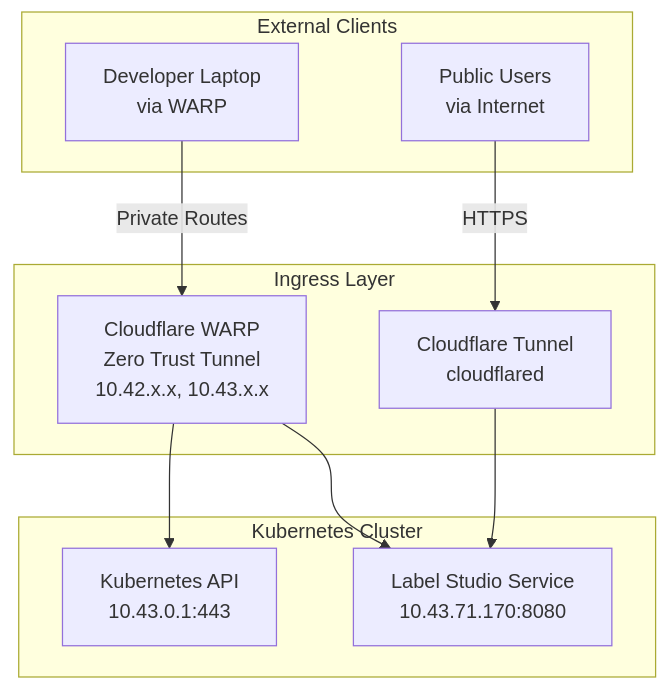
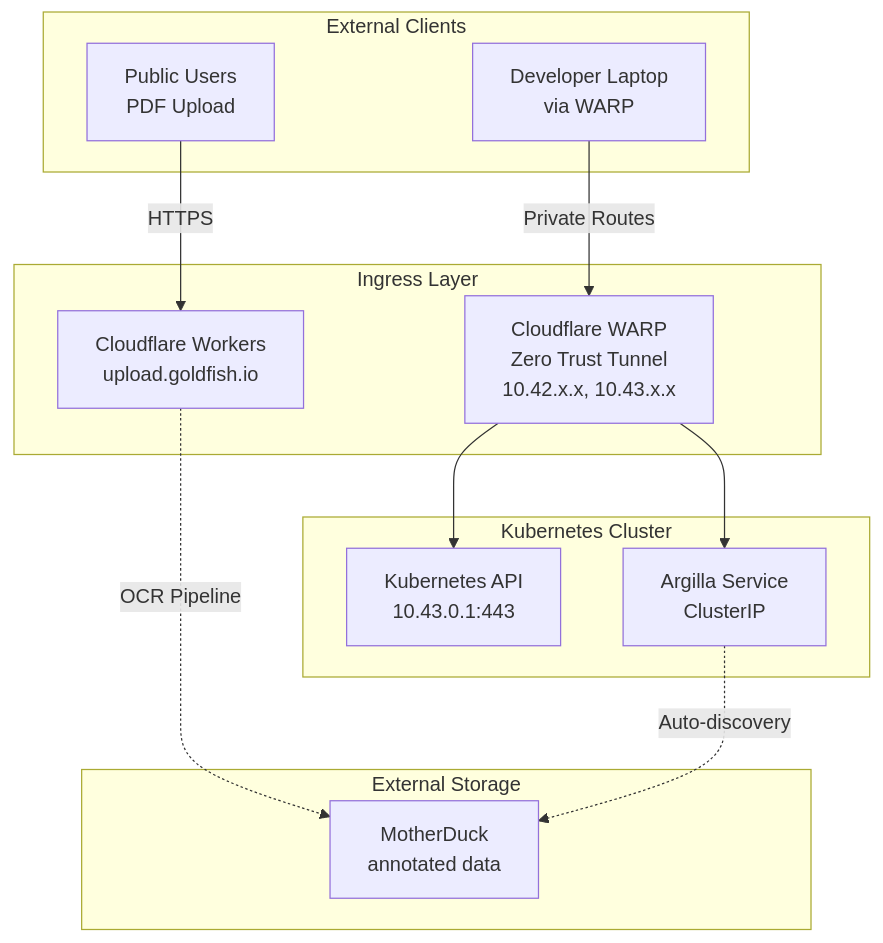
One commit to goldfish-inc/deepseek-ocr-vllm changed the eighth of 16 diagrams in docs/architecture/NETWORK_ARCHITECTURE.md. Above: the diagram before and after it, drawn with Mermaid. The commit also changed other lines of this file and 2 other files, not shown here.

First line of the commit message:
docs(architecture): update for Argilla migration and vessel-ner Workers

````diff
--- a/docs/architecture/NETWORK_ARCHITECTURE.md
+++ b/docs/architecture/NETWORK_ARCHITECTURE.md
@@ -434,23 +427,28 @@
 ```mermaid
 graph TB
     subgraph "External Clients"
         DEV[Developer Laptop<br/>via WARP]
-        PUBLIC[Public Users<br/>via Internet]
+        PUBLIC[Public Users<br/>PDF Upload]
     end
 
     subgraph "Ingress Layer"
         WARP[Cloudflare WARP<br/>Zero Trust Tunnel<br/>10.42.x.x, 10.43.x.x]
-        CFTUN[Cloudflare Tunnel<br/>cloudflared]
+        CFWORKER[Cloudflare Workers<br/>upload.goldfish.io]
     end
 
     subgraph "Kubernetes Cluster"
         K8SAPI[Kubernetes API<br/>10.43.0.1:443]
-        LSSVC[Label Studio Service<br/>10.43.71.170:8080]
+        ARGSVC[Argilla Service<br/>ClusterIP]
+    end
+
+    subgraph "External Storage"
+        MD[MotherDuck<br/>annotated data]
     end
 
     DEV -->|Private Routes| WARP
-    PUBLIC -->|HTTPS| CFTUN
+    PUBLIC -->|HTTPS| CFWORKER
     WARP --> K8SAPI
-    WARP --> LSSVC
-    CFTUN --> LSSVC
+    WARP --> ARGSVC
+    CFWORKER -.OCR Pipeline.-> MD
+    ARGSVC -.Auto-discovery.-> MD
 ```
````
